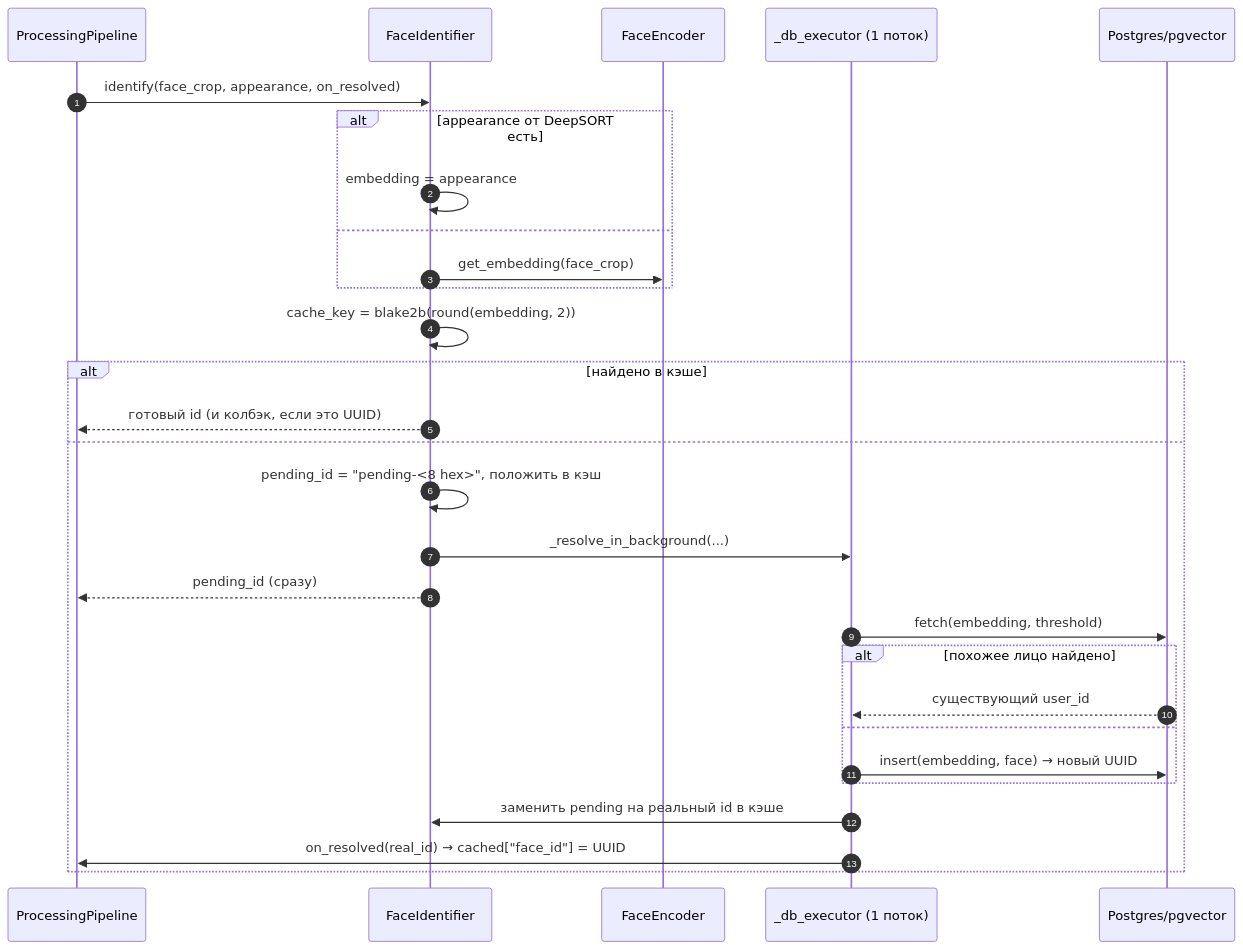
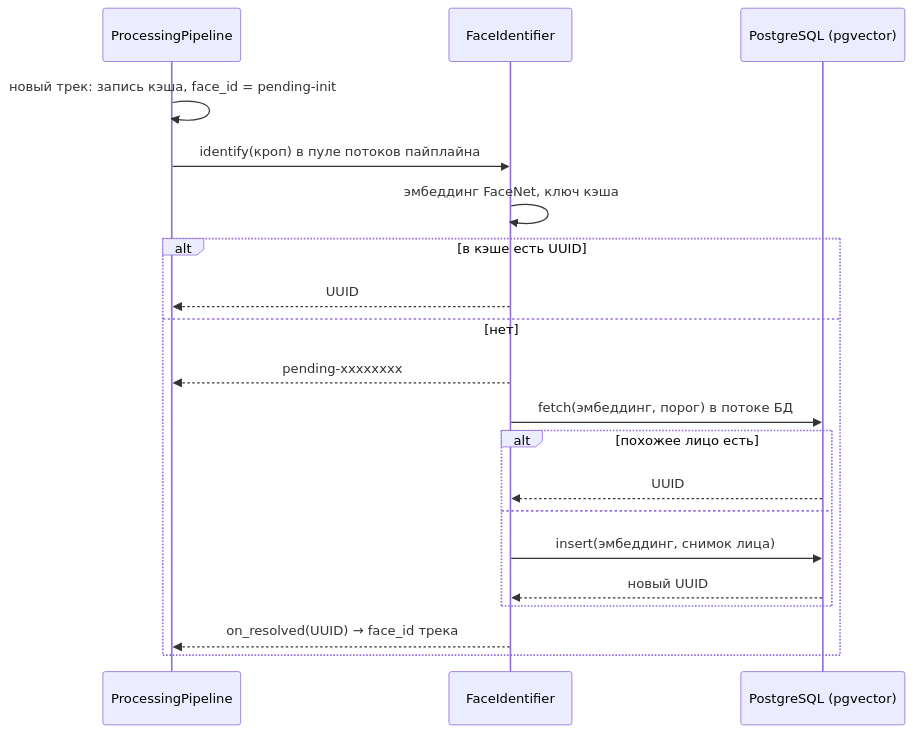
Before and after one commit to listussr/facial-emotion-analyzer: the diagram in docs/modules/face_identification.md, drawn with Mermaid. The commit also changed other lines of this file and 107 other files, not shown here.

````diff
--- a/docs/modules/face_identification.md
+++ b/docs/modules/face_identification.md
@@ -60,32 +16,23 @@
 ```mermaid
 sequenceDiagram
-    autonumber
     participant P as ProcessingPipeline
-    participant FI as FaceIdentifier
-    participant E as FaceEncoder
-    participant W as _db_executor (1 поток)
-    participant DB as Postgres/pgvector
+    participant I as FaceIdentifier
+    participant DB as PostgreSQL (pgvector)
 
-    P->>FI: identify(face_crop, appearance, on_resolved)
-    alt appearance от DeepSORT есть
-        FI->>FI: embedding = appearance
-    else
-        FI->>E: get_embedding(face_crop)
-    end
-    FI->>FI: cache_key = blake2b(round(embedding, 2))
-    alt найдено в кэше
-        FI-->>P: готовый id (и колбэк, если это UUID)
-    else
-        FI->>FI: pending_id = "pending-<8 hex>", положить в кэш
-        FI->>W: _resolve_in_background(...)
-        FI-->>P: pending_id (сразу)
-        W->>DB: fetch(embedding, threshold)
-        alt похожее лицо найдено
-            DB-->>W: существующий user_id
+    P->>P: новый трек: запись кэша, face_id = pending-init
+    P->>I: identify(кроп) в пуле потоков пайплайна
+    I->>I: эмбеддинг FaceNet, ключ кэша
+    alt в кэше есть UUID
+        I-->>P: UUID
+    else нет
+        I-->>P: pending-xxxxxxxx
+        I->>DB: fetch(эмбеддинг, порог) в потоке БД
+        alt похожее лицо есть
+            DB-->>I: UUID
         else
-            W->>DB: insert(embedding, face) → новый UUID
+            I->>DB: insert(эмбеддинг, снимок лица)
+            DB-->>I: новый UUID
         end
-        W->>FI: заменить pending на реальный id в кэше
-        W->>P: on_resolved(real_id) → cached["face_id"] = UUID
+        I-->>P: on_resolved(UUID) → face_id трека
     end
 ```
````
